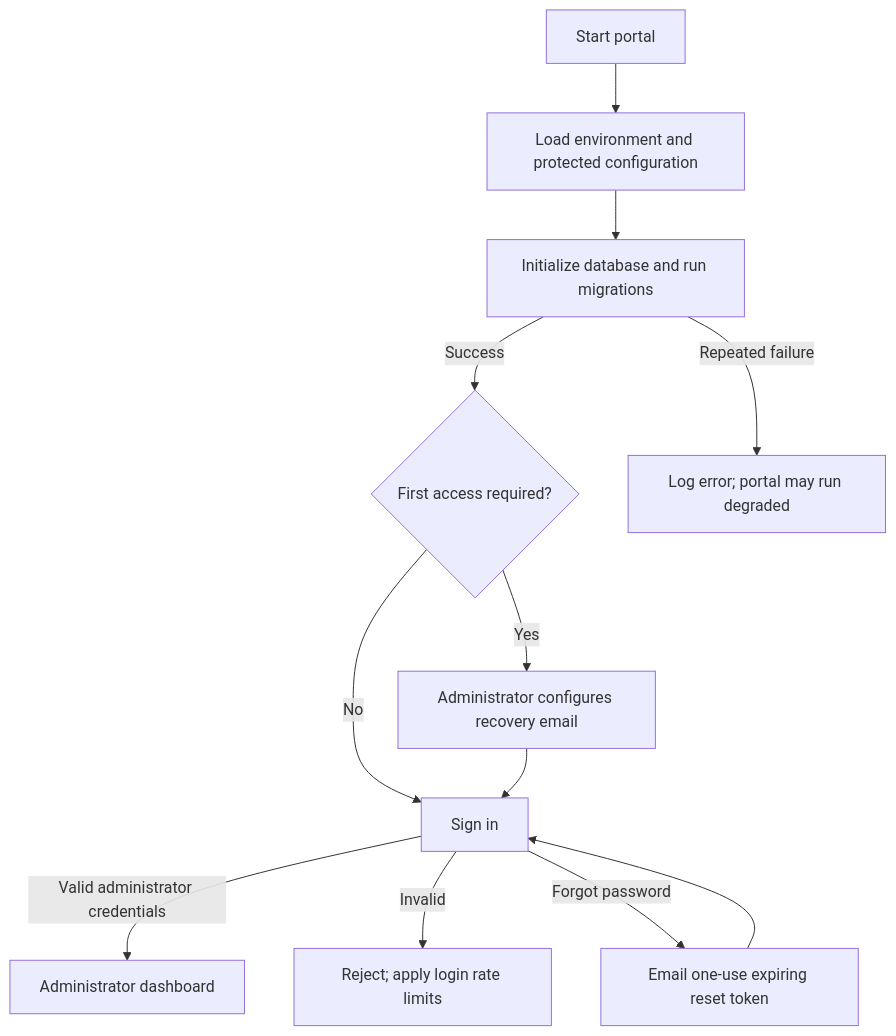
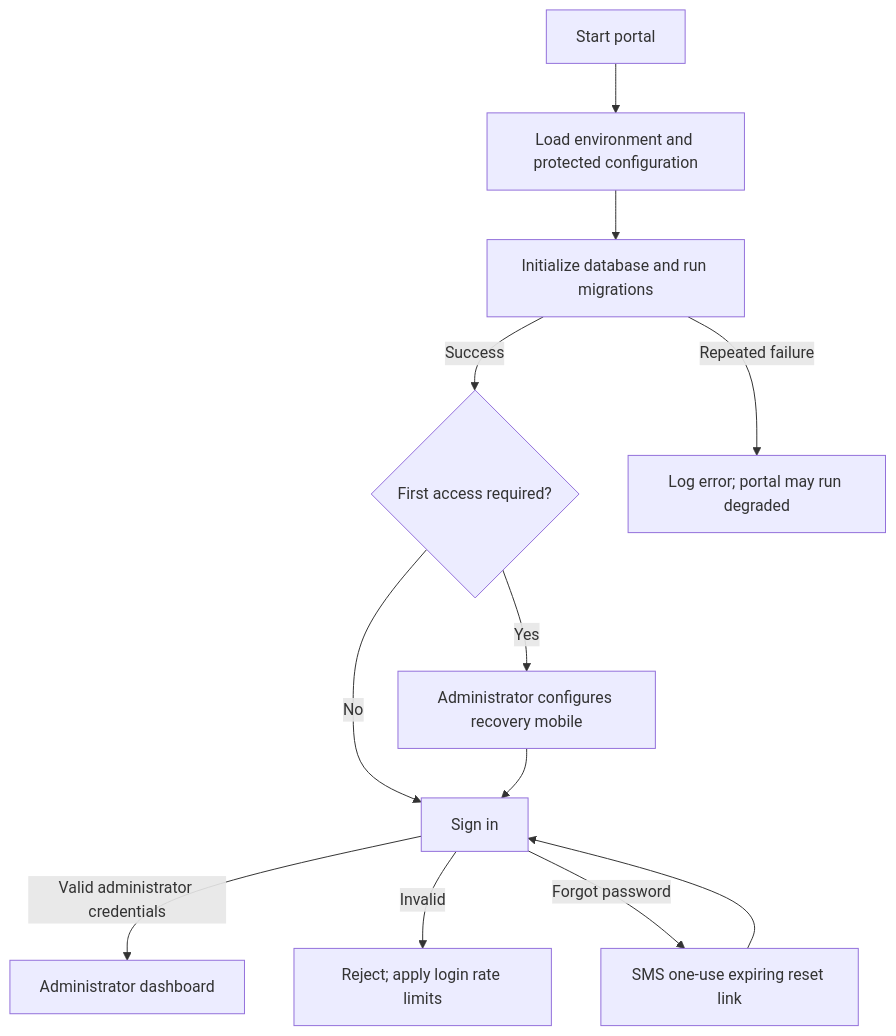
The second of 8 diagrams in docs/SYSTEM_FLOWCHART.md (AlfredAbiera/SmartClassAC), drawn with Mermaid before and after one commit. The commit also changed other lines of this file and 58 other files, not shown here.

````diff
--- a/docs/SYSTEM_FLOWCHART.md
+++ b/docs/SYSTEM_FLOWCHART.md
@@ -29,14 +29,14 @@
 ```mermaid
 flowchart TD
     Start[Start portal] --> Config[Load environment and protected configuration]
     Config --> Init[Initialize database and run migrations]
     Init -->|Success| First{First access required?}
     Init -->|Repeated failure| Degraded[Log error; portal may run degraded]
-    First -->|Yes| Setup[Administrator configures recovery email]
+    First -->|Yes| Setup[Administrator configures recovery mobile]
     First -->|No| Login[Sign in]
     Setup --> Login
     Login -->|Valid administrator credentials| Admin[Administrator dashboard]
     Login -->|Invalid| Denied[Reject; apply login rate limits]
-    Login -->|Forgot password| Reset[Email one-use expiring reset token]
+    Login -->|Forgot password| Reset[SMS one-use expiring reset link]
     Reset --> Login
 ```
````
